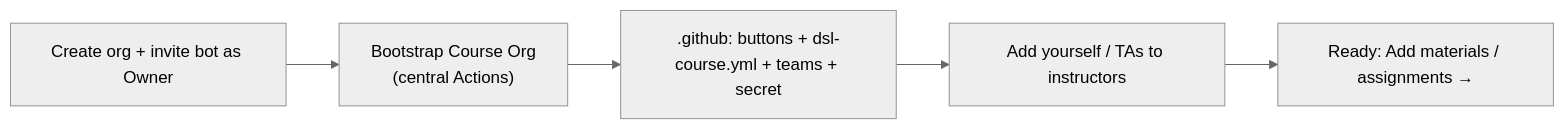
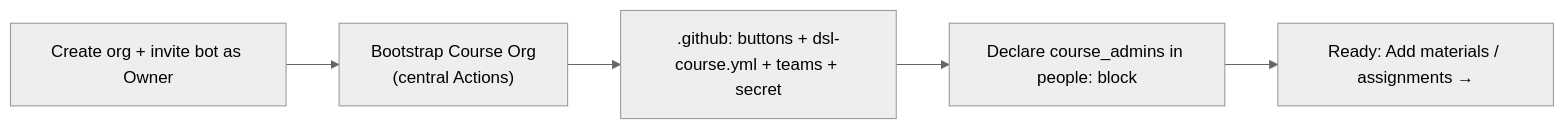
One commit to hertie-data-science-lab/dsl-teaching-course-setup changed the diagram in docs/faculty/01-new-course-org.md. Above: the diagram before and after it, drawn with Mermaid (neutral theme). The commit also changed other lines of this file and 16 other files, not shown here.

First line of the commit message:
feat(faculty): split faculty access by role - course_admins vs per-cohort instructors

````diff
--- a/docs/faculty/01-new-course-org.md
+++ b/docs/faculty/01-new-course-org.md
@@ -55,7 +63,7 @@
 ```mermaid
 flowchart LR
   A["Create org + invite bot as Owner"] --> B["Bootstrap Course Org<br/>(central Actions)"]
   B --> C[".github: buttons + dsl-course.yml + teams + secret"]
-  C --> D["Add yourself / TAs to instructors"]
+  C --> D["Declare course_admins in people: block"]
   D --> E["Ready: Add materials / assignments →"]
 ```
````
